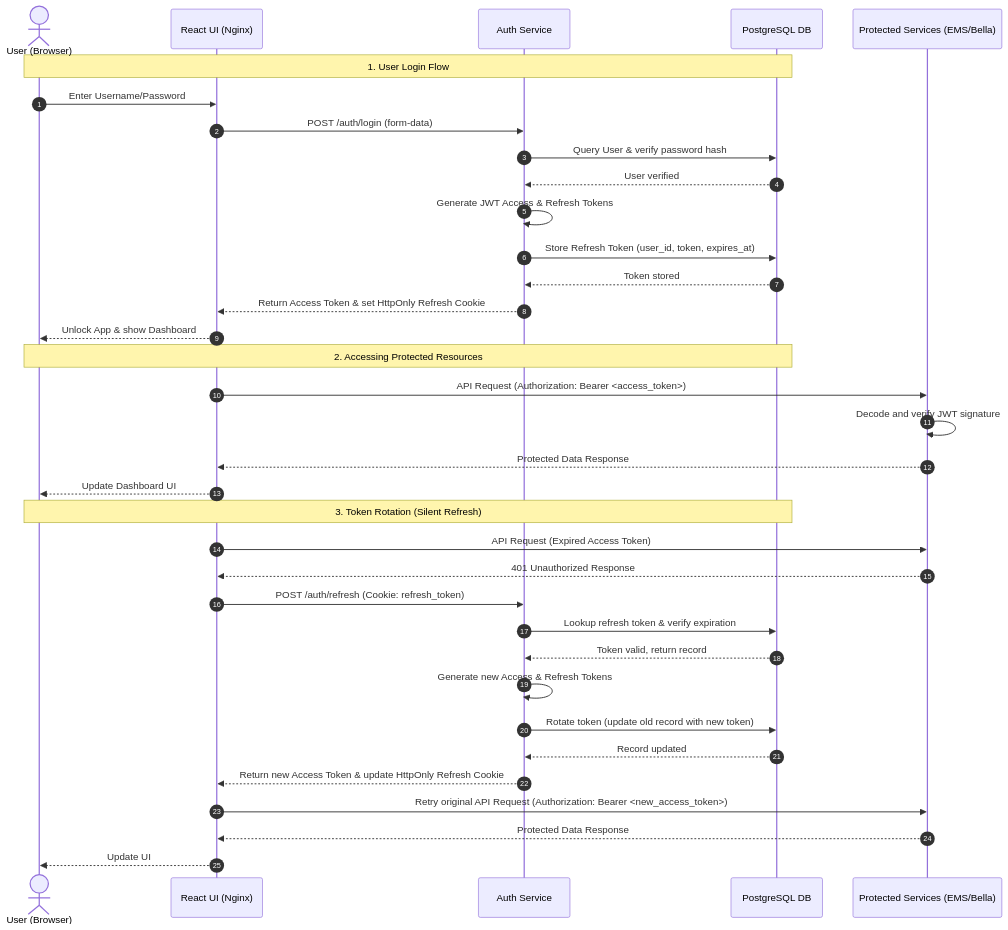
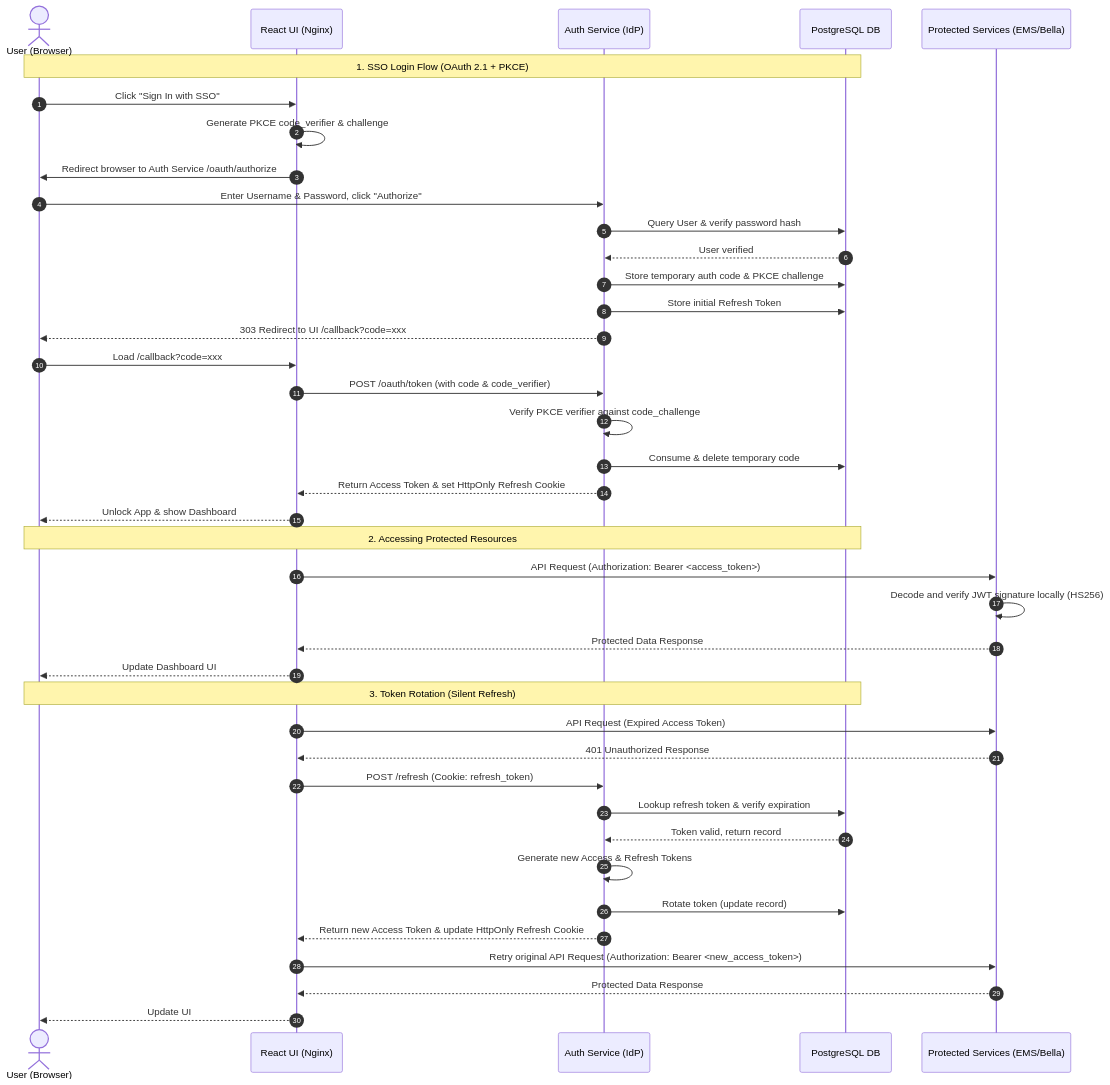
One commit to shangar-t-a/bella-keys-personal-assist changed the diagram in docs/user/authentication-guide.md. Above: the diagram before and after it, drawn with Mermaid. The commit also changed other lines of this file and 41 other files, not shown here.

First line of the commit message:
feat(oauth): expand EMS MCP server and migrate SPA to OAuth 2.1 SSO

````diff
--- a/docs/user/authentication-guide.md
+++ b/docs/user/authentication-guide.md
@@ -33,40 +35,45 @@
 ```mermaid
 sequenceDiagram
     autonumber
     actor User as User (Browser)
     participant UI as React UI (Nginx)
-    participant Auth as Auth Service
+    participant Auth as Auth Service (IdP)
     participant DB as PostgreSQL DB
     participant API as Protected Services (EMS/Bella)
 
-    Note over User, DB: 1. User Login Flow
-    User->>UI: Enter Username/Password
-    UI->>Auth: POST /auth/login (form-data)
+    Note over User, DB: 1. SSO Login Flow (OAuth 2.1 + PKCE)
+    User->>UI: Click "Sign In with SSO"
+    UI->>UI: Generate PKCE code_verifier & challenge
+    UI->>User: Redirect browser to Auth Service /oauth/authorize
+    User->>Auth: Enter Username & Password, click "Authorize"
     Auth->>DB: Query User & verify password hash
     DB-->>Auth: User verified
-    Auth->>Auth: Generate JWT Access & Refresh Tokens
-    Auth->>DB: Store Refresh Token (user_id, token, expires_at)
-    DB-->>Auth: Token stored
+    Auth->>DB: Store temporary auth code & PKCE challenge
+    Auth->>DB: Store initial Refresh Token
+    Auth-->>User: 303 Redirect to UI /callback?code=xxx
+    User->>UI: Load /callback?code=xxx
+    UI->>Auth: POST /oauth/token (with code & code_verifier)
+    Auth->>Auth: Verify PKCE verifier against code_challenge
+    Auth->>DB: Consume & delete temporary code
     Auth-->>UI: Return Access Token & set HttpOnly Refresh Cookie
     UI-->>User: Unlock App & show Dashboard
 
     Note over User, DB: 2. Accessing Protected Resources
     UI->>API: API Request (Authorization: Bearer <access_token>)
-    API->>API: Decode and verify JWT signature
+    API->>API: Decode and verify JWT signature locally (HS256)
     API-->>UI: Protected Data Response
     UI-->>User: Update Dashboard UI
 
     Note over User, DB: 3. Token Rotation (Silent Refresh)
     UI->>API: API Request (Expired Access Token)
     API-->>UI: 401 Unauthorized Response
-    UI->>Auth: POST /auth/refresh (Cookie: refresh_token)
+    UI->>Auth: POST /refresh (Cookie: refresh_token)
     Auth->>DB: Lookup refresh token & verify expiration
     DB-->>Auth: Token valid, return record
     Auth->>Auth: Generate new Access & Refresh Tokens
-    Auth->>DB: Rotate token (update old record with new token)
-    DB-->>Auth: Record updated
+    Auth->>DB: Rotate token (update record)
     Auth-->>UI: Return new Access Token & update HttpOnly Refresh Cookie
     UI->>API: Retry original API Request (Authorization: Bearer <new_access_token>)
     API-->>UI: Protected Data Response
     UI-->>User: Update UI
 ```
````
